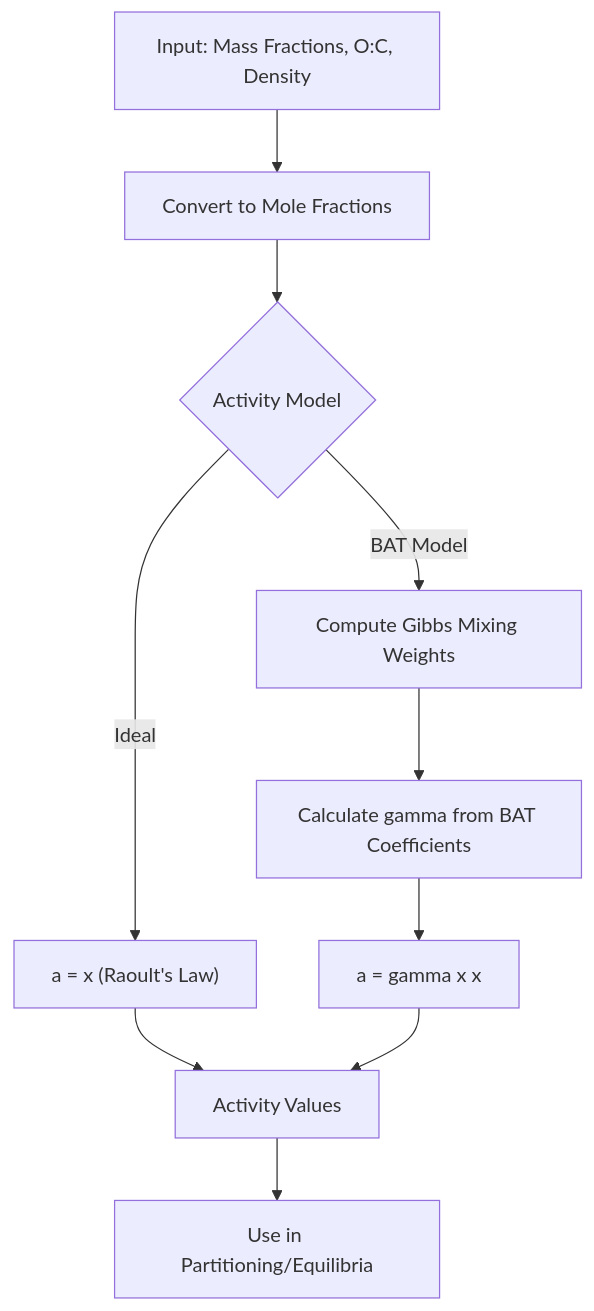
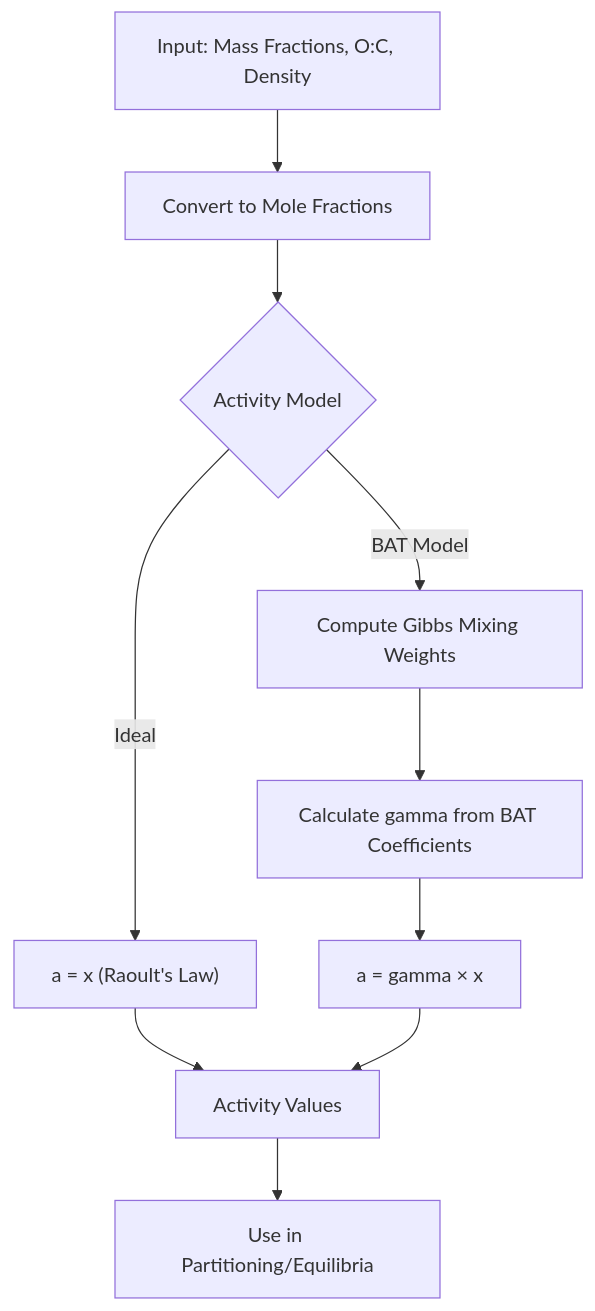
Before and after one commit to uncscode/particula: the diagram in docs/Theory/Activity_Calculations/activity_theory.md, drawn with Mermaid.

````diff
--- a/docs/Theory/Activity_Calculations/activity_theory.md
+++ b/docs/Theory/Activity_Calculations/activity_theory.md
@@ -107,12 +107,12 @@
 ```mermaid
 flowchart TD
     A[Input: Mass Fractions, O:C, Density] --> B[Convert to Mole Fractions]
     B --> C{Activity Model}
     C -->|Ideal| D["a = x (Raoult's Law)"]
     C -->|BAT Model| E[Compute Gibbs Mixing Weights]
     E --> F[Calculate gamma from BAT Coefficients]
-    F --> G["a = gamma x x"]
+    F --> G["a = gamma × x"]
     D --> H[Activity Values]
     G --> H
     H --> I[Use in Partitioning/Equilibria]
 ```
````
